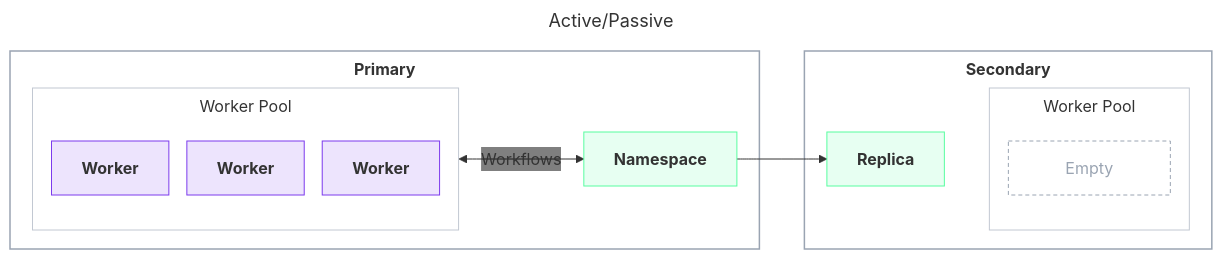
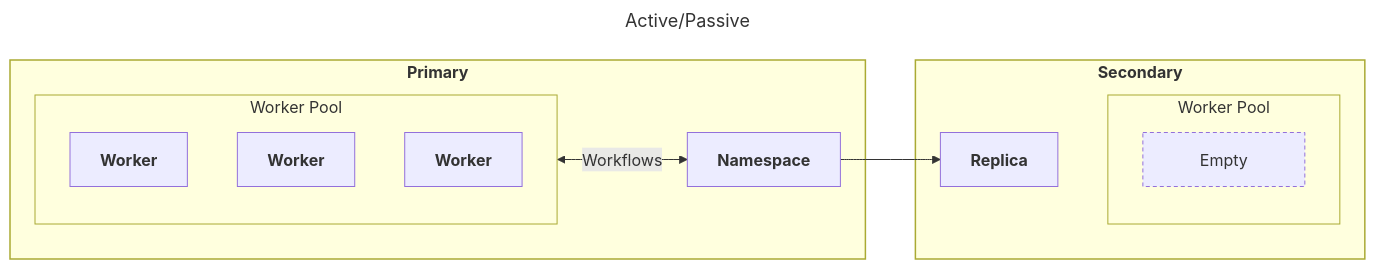
The second of 15 diagrams in docs/cloud/high-availability/architecture-patterns.mdx (temporalio/documentation), drawn with Mermaid before and after one commit. The commit also changed other lines of this file and 15 other files, not shown here.

First line of the commit message:
Refactor Mermaid diagrams for improved clarity and consistency across documentation

````diff
--- a/docs/cloud/high-availability/architecture-patterns.mdx
+++ b/docs/cloud/high-availability/architecture-patterns.mdx
@@ -89,31 +78,30 @@
 ```mermaid
 ---
 title: Active/Passive
 ---
-%%{init: {'themeVariables':{'fontFamily':'Inter, ui-sans-serif, system-ui, sans-serif','edgeLabelBackground':'transparent'},'flowchart':{'nodeSpacing':18,'rankSpacing':45,'curve':'basis','subGraphTitleMargin':{'top':6,'bottom':12}}}}%%
 flowchart LR
-    classDef worker fill:#7C3AED22,stroke:#7C3AED,stroke-width:1px;
-    classDef ns fill:#59FDA024,stroke:#59FDA0,stroke-width:1px;
-    classDef empty fill:transparent,stroke:#9aa4b2,stroke-width:1px,stroke-dasharray:4 3,color:#9aa4b2;
-    classDef region fill:transparent,stroke:#9aa4b2,stroke-width:1.5px;
-    classDef pool fill:transparent,stroke:#c2c8d2,stroke-width:1px;
+    classDef worker stroke-width:1px;
+    classDef ns stroke-width:1px;
+    classDef empty stroke-width:1px,stroke-dasharray:4 3;
+    classDef region stroke-width:1.5px;
+    classDef pool stroke-width:1px;
     subgraph ICPRIM["<b>Primary</b>"]
       subgraph ICWP["Worker Pool"]
         ICW1["<b>Worker</b>"]:::worker
         ICW2["<b>Worker</b>"]:::worker
         ICW3["<b>Worker</b>"]:::worker
       end
       ICNS["<b>Namespace</b>"]:::ns
       ICWP <-->|Workflows| ICNS
     end
     subgraph ICSEC["<b>Secondary</b>"]
       ICR["<b>Replica</b>"]:::ns
       subgraph ICWP2["Worker Pool"]
         ICE["&nbsp;&nbsp;&nbsp;&nbsp;&nbsp;&nbsp;Empty&nbsp;&nbsp;&nbsp;&nbsp;&nbsp;&nbsp;"]:::empty
       end
       ICR ~~~ ICWP2
     end
     ICNS --> ICR
     class ICPRIM,ICSEC region
     class ICWP,ICWP2 pool
 ```
````
